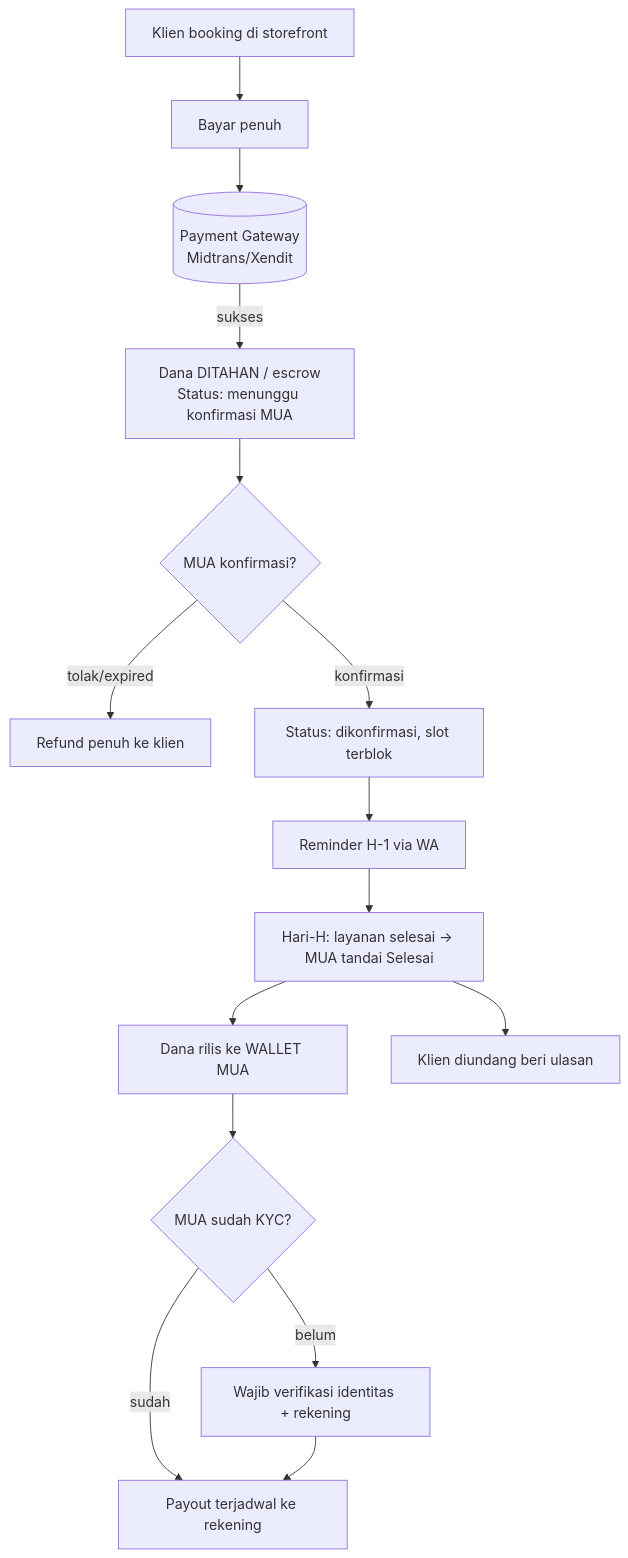
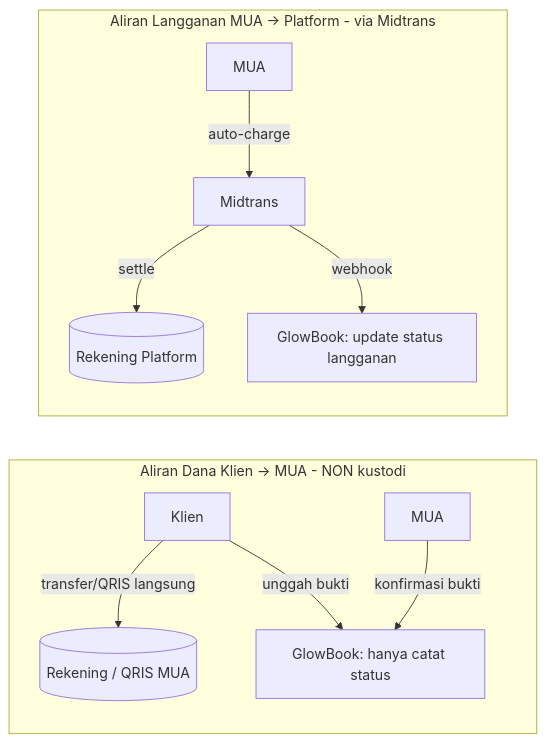
The first of 4 diagrams in PRD-MUA-SaaS.md (Marchelinoraco/mua), drawn with Mermaid before and after one commit. The commit also changed other lines of this file and 16 other files, not shown here.

````diff
--- a/PRD-MUA-SaaS.md
+++ b/PRD-MUA-SaaS.md
@@ -142,17 +74,13 @@
 ```mermaid
-flowchart TD
-    A[Klien booking di storefront] --> B[Bayar penuh]
-    B --> G[(Payment Gateway<br/>Midtrans/Xendit)]
-    G -- sukses --> C[Dana DITAHAN / escrow<br/>Status: menunggu konfirmasi MUA]
-    C --> D{MUA konfirmasi?}
-    D -- tolak/expired --> R[Refund penuh ke klien]
-    D -- konfirmasi --> E[Status: dikonfirmasi, slot terblok]
-    E --> F[Reminder H-1 via WA]
-    F --> H[Hari-H: layanan selesai → MUA tandai Selesai]
-    H --> I[Dana rilis ke WALLET MUA]
-    I --> J{MUA sudah KYC?}
-    J -- belum --> K[Wajib verifikasi identitas + rekening]
-    J -- sudah --> L[Payout terjadwal ke rekening]
-    K --> L
-    H --> M[Klien diundang beri ulasan]
+flowchart LR
+  subgraph KLIEN[Aliran Dana Klien -> MUA  - NON kustodi]
+    K[Klien] -- transfer/QRIS langsung --> RM[(Rekening / QRIS MUA)]
+    K -- unggah bukti --> GB1[GlowBook: hanya catat status]
+    MUA -- konfirmasi bukti --> GB1
+  end
+  subgraph LANGGANAN[Aliran Langganan MUA -> Platform - via Midtrans]
+    MUA2[MUA] -- auto-charge --> MT[Midtrans]
+    MT -- settle --> RP[(Rekening Platform)]
+    MT -- webhook --> GB2[GlowBook: update status langganan]
+  end
 ```
````
